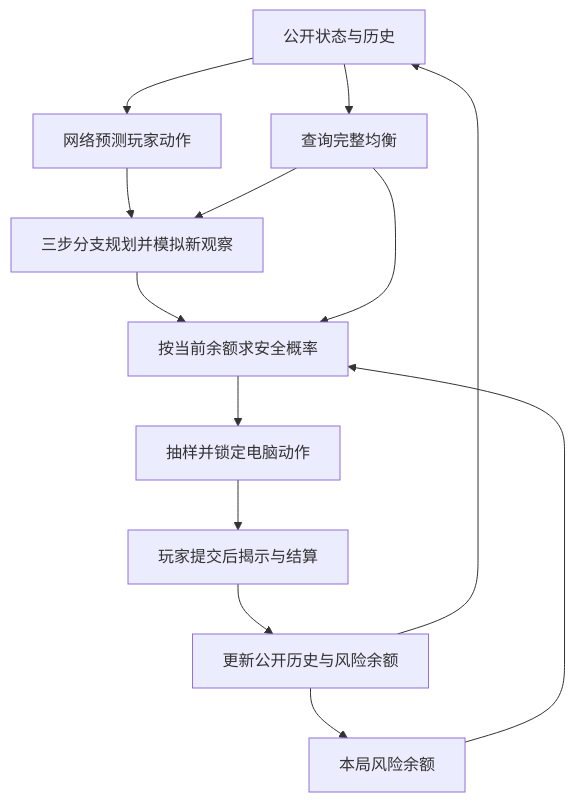
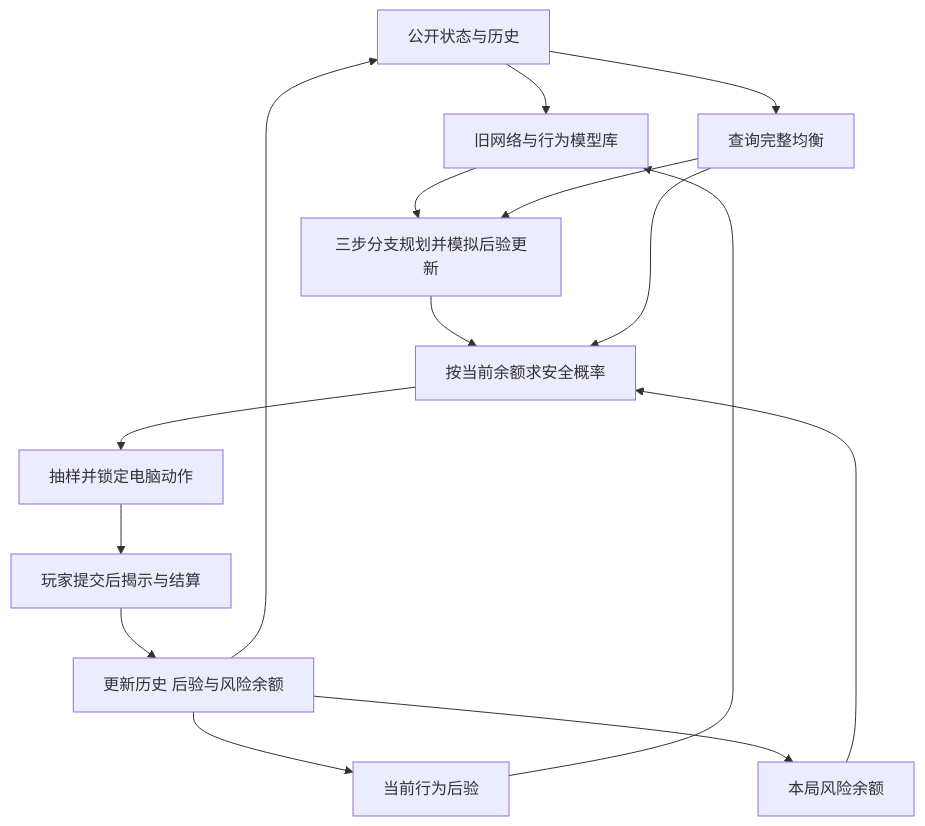
Before and after one commit to tao3126786377/xinbuniuzai-web: the diagram in 完整模式AI模型说明.md, drawn with Mermaid. The commit also changed other lines of this file and 16 other files, not shown here.

````diff
--- a/完整模式AI模型说明.md
+++ b/完整模式AI模型说明.md
@@ -283,15 +351,17 @@
 ```mermaid
 flowchart TD
-    A[公开状态与历史] --> B[网络预测玩家动作]
+    A[公开状态与历史] --> B[旧网络与行为模型库]
+    W[当前行为后验] --> B
     A --> C[查询完整均衡]
-    B --> D[三步分支规划并模拟新观察]
+    B --> D[三步分支规划并模拟后验更新]
     C --> D
     D --> E[按当前余额求安全概率]
     C --> E
     R[本局风险余额] --> E
     E --> F[抽样并锁定电脑动作]
     F --> G[玩家提交后揭示与结算]
-    G --> H[更新公开历史与风险余额]
+    G --> H[更新历史 后验与风险余额]
+    H --> W
     H --> A
     H --> R
 ```
````
